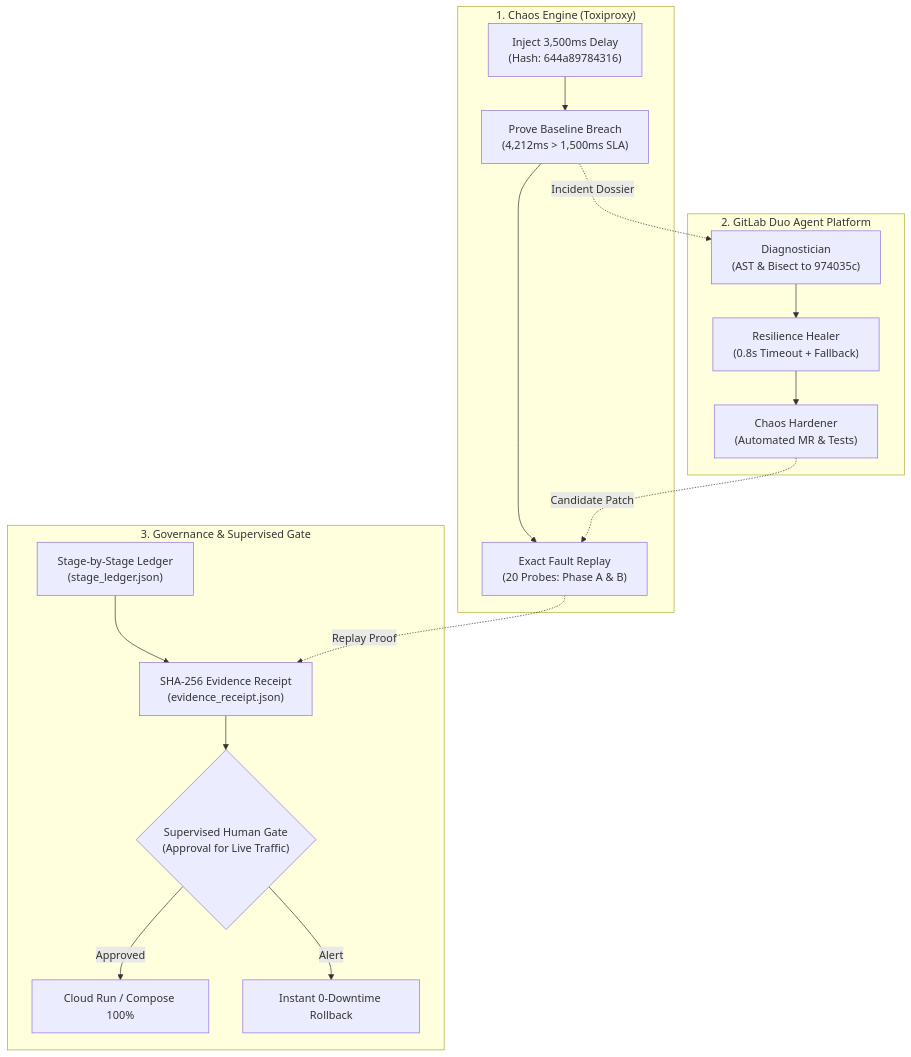
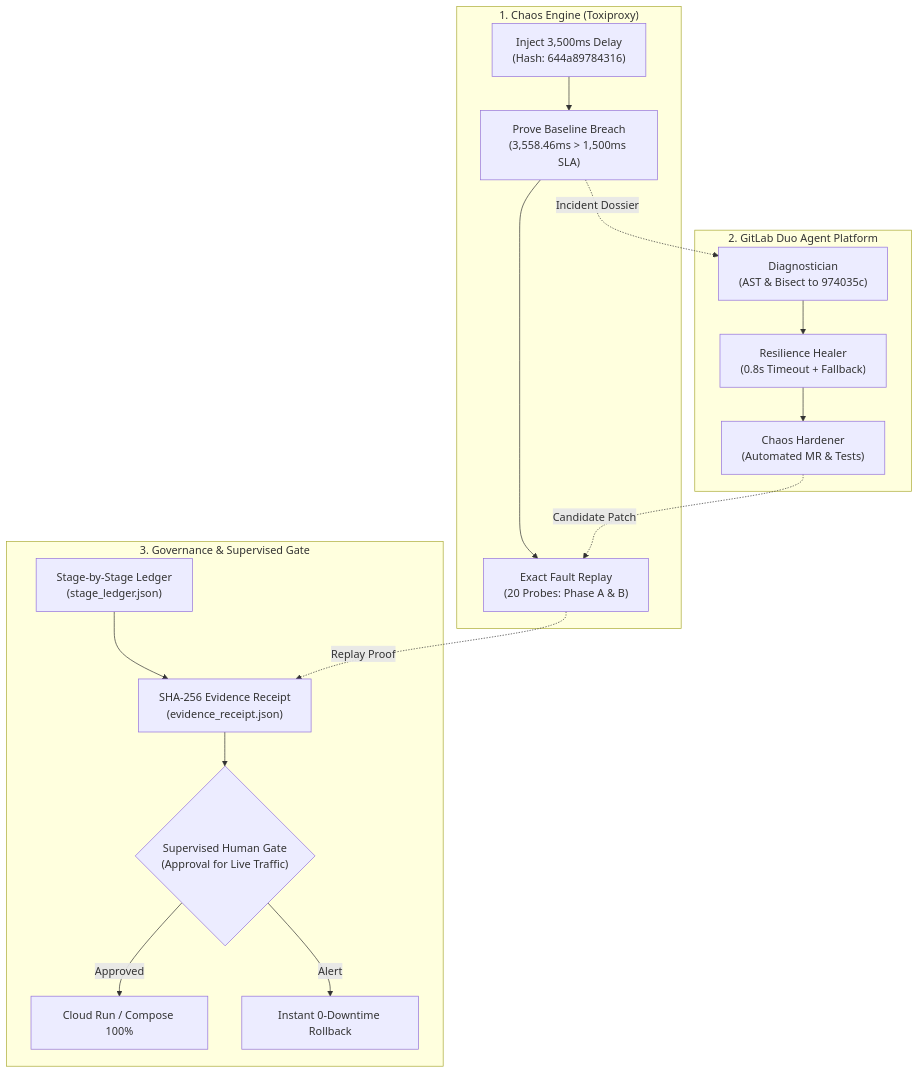
Before and after one commit to rajpriyanid-creator/faultforge: the second of 3 diagrams in README.md, drawn with Mermaid. The commit also changed other lines of this file and 18 other files, not shown here.

````diff
--- a/README.md
+++ b/README.md
@@ -101,23 +140,23 @@
 ```mermaid
 flowchart TD
     subgraph Swimlane1["1. Chaos Engine (Toxiproxy)"]
-        C1["Inject 3,500ms Delay<br/>(Hash: 644a89784316)"] --> C2["Prove Baseline Breach<br/>(4,212ms > 1,500ms SLA)"]
+        C1["Inject 3,500ms Delay<br/>(Hash: 644a89784316)"] --> C2["Prove Baseline Breach<br/>(3,558.46ms > 1,500ms SLA)"]
         C2 --> C3["Exact Fault Replay<br/>(20 Probes: Phase A & B)"]
     end
 
     subgraph Swimlane2["2. GitLab Duo Agent Platform"]
         D1["Diagnostician<br/>(AST & Bisect to 974035c)"] --> D2["Resilience Healer<br/>(0.8s Timeout + Fallback)"]
         D2 --> D3["Chaos Hardener<br/>(Automated MR & Tests)"]
     end
 
     subgraph Swimlane3["3. Governance & Supervised Gate"]
         G1["Stage-by-Stage Ledger<br/>(stage_ledger.json)"] --> G2["SHA-256 Evidence Receipt<br/>(evidence_receipt.json)"]
         G2 --> G3{"Supervised Human Gate<br/>(Approval for Live Traffic)"}
         G3 -->|Approved| G4["Cloud Run / Compose 100%"]
         G3 -->|Alert| G5["Instant 0-Downtime Rollback"]
     end
 
     C2 -.->|Incident Dossier| D1
     D3 -.->|Candidate Patch| C3
     C3 -.->|Replay Proof| G2
 ```
````
